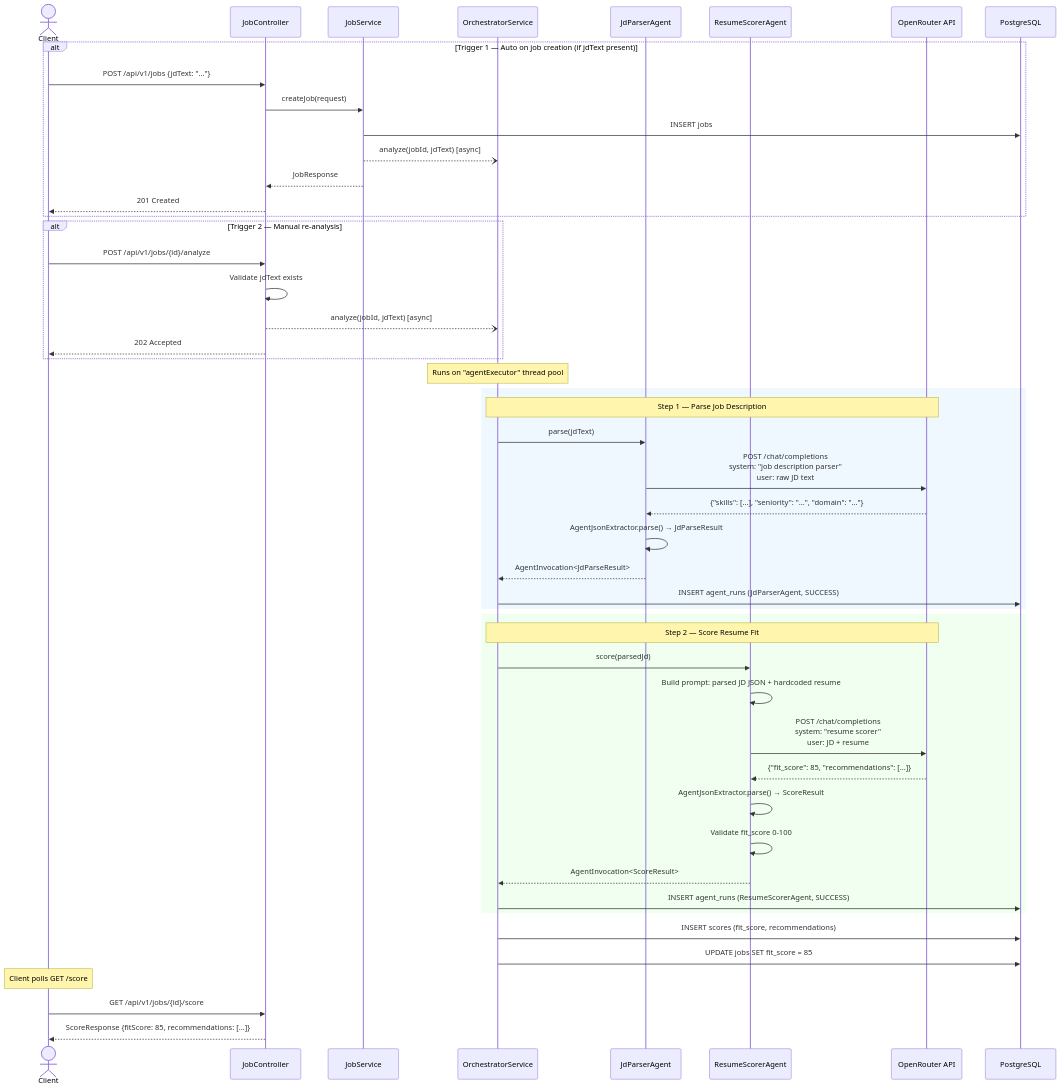
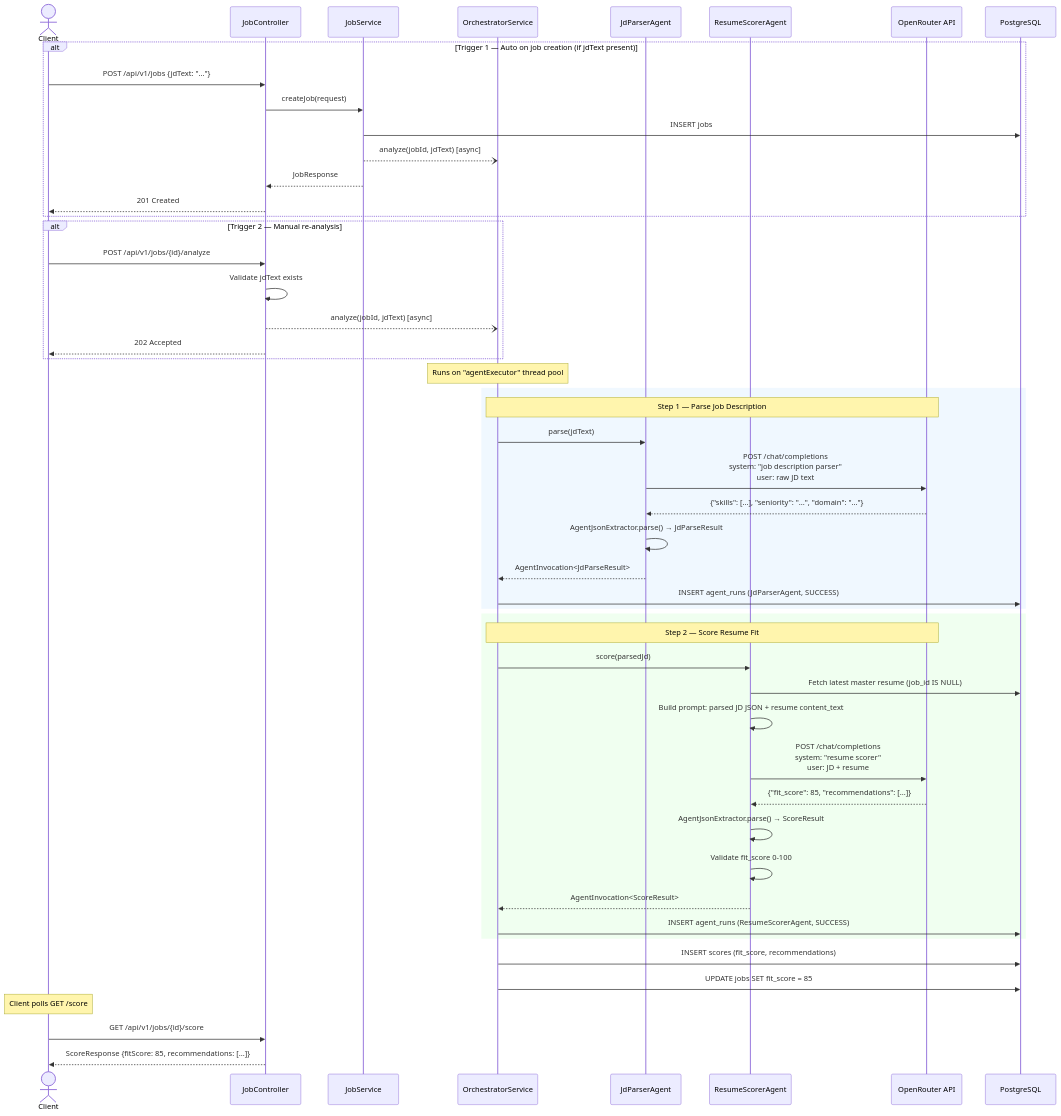
The fourth of 5 diagrams in architecture.md (sharmavipin1608/JobsApplicationTracker), drawn with Mermaid before and after one commit. The commit also changed other lines of this file and 6 other files, not shown here.

````diff
--- a/architecture.md
+++ b/architecture.md
@@ -306,58 +359,59 @@
 ```mermaid
 sequenceDiagram
     actor Client
     participant Controller as JobController
     participant Service as JobService
     participant Orchestrator as OrchestratorService
     participant JdParser as JdParserAgent
     participant Scorer as ResumeScorerAgent
     participant LLM as OpenRouter API
     participant DB as PostgreSQL
 
     alt Trigger 1 — Auto on job creation (if jdText present)
         Client->>Controller: POST /api/v1/jobs {jdText: "..."}
         Controller->>Service: createJob(request)
         Service->>DB: INSERT jobs
         Service--)Orchestrator: analyze(jobId, jdText) [async]
         Service-->>Controller: JobResponse
         Controller-->>Client: 201 Created
     end
 
     alt Trigger 2 — Manual re-analysis
         Client->>Controller: POST /api/v1/jobs/{id}/analyze
         Controller->>Controller: Validate jdText exists
         Controller--)Orchestrator: analyze(jobId, jdText) [async]
         Controller-->>Client: 202 Accepted
     end
 
     Note over Orchestrator: Runs on "agentExecutor" thread pool
 
     rect rgb(240, 248, 255)
         Note over Orchestrator,LLM: Step 1 — Parse Job Description
         Orchestrator->>JdParser: parse(jdText)
         JdParser->>LLM: POST /chat/completions<br/>system: "job description parser"<br/>user: raw JD text
         LLM-->>JdParser: {"skills": [...], "seniority": "...", "domain": "..."}
         JdParser->>JdParser: AgentJsonExtractor.parse() → JdParseResult
         JdParser-->>Orchestrator: AgentInvocation<JdParseResult>
         Orchestrator->>DB: INSERT agent_runs (JdParserAgent, SUCCESS)
     end
 
     rect rgb(240, 255, 240)
         Note over Orchestrator,LLM: Step 2 — Score Resume Fit
         Orchestrator->>Scorer: score(parsedJd)
-        Scorer->>Scorer: Build prompt: parsed JD JSON + hardcoded resume
+        Scorer->>DB: Fetch latest master resume (job_id IS NULL)
+        Scorer->>Scorer: Build prompt: parsed JD JSON + resume content_text
         Scorer->>LLM: POST /chat/completions<br/>system: "resume scorer"<br/>user: JD + resume
         LLM-->>Scorer: {"fit_score": 85, "recommendations": [...]}
         Scorer->>Scorer: AgentJsonExtractor.parse() → ScoreResult
         Scorer->>Scorer: Validate fit_score 0-100
         Scorer-->>Orchestrator: AgentInvocation<ScoreResult>
         Orchestrator->>DB: INSERT agent_runs (ResumeScorerAgent, SUCCESS)
     end
 
     Orchestrator->>DB: INSERT scores (fit_score, recommendations)
     Orchestrator->>DB: UPDATE jobs SET fit_score = 85
 
     Note over Client: Client polls GET /score
     Client->>Controller: GET /api/v1/jobs/{id}/score
     Controller-->>Client: ScoreResponse {fitScore: 85, recommendations: [...]}
 ```
````
